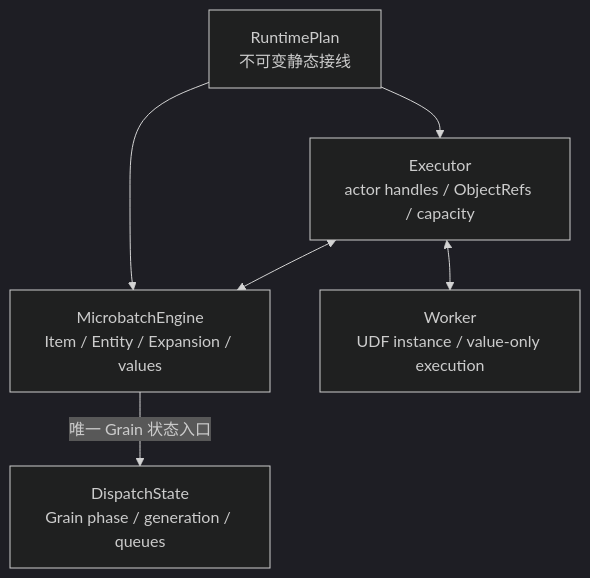
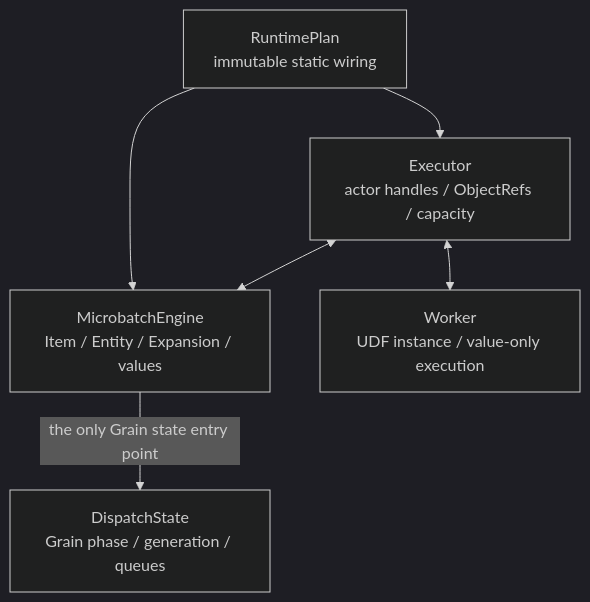
One commit to OpenDCAI/RayOrch changed diagram 19 of 24 in docs/multigrain_v3_6_getting_started.md. Above: the diagram before and after it, drawn with Mermaid (dark theme). The commit also changed other lines of this file and 31 other files, not shown here.

Commit message:
docs(v3.6): publish bilingual architecture guides

````diff
--- a/docs/multigrain_v3_6_getting_started.md
+++ b/docs/multigrain_v3_6_getting_started.md
@@ -1287,14 +1748,14 @@
 ```mermaid
 flowchart TB
-    Plan["RuntimePlan<br/>不可变静态接线"]
+    Plan["RuntimePlan<br/>immutable static wiring"]
     Engine["MicrobatchEngine<br/>Item / Entity / Expansion / values"]
     Dispatch["DispatchState<br/>Grain phase / generation / queues"]
     Executor["Executor<br/>actor handles / ObjectRefs / capacity"]
     Worker["Worker<br/>UDF instance / value-only execution"]
 
     Plan --> Engine
     Plan --> Executor
-    Engine -->|"唯一 Grain 状态入口"| Dispatch
+    Engine -->|"the only Grain state entry point"| Dispatch
     Executor <--> Engine
     Executor <--> Worker
 ```
````
